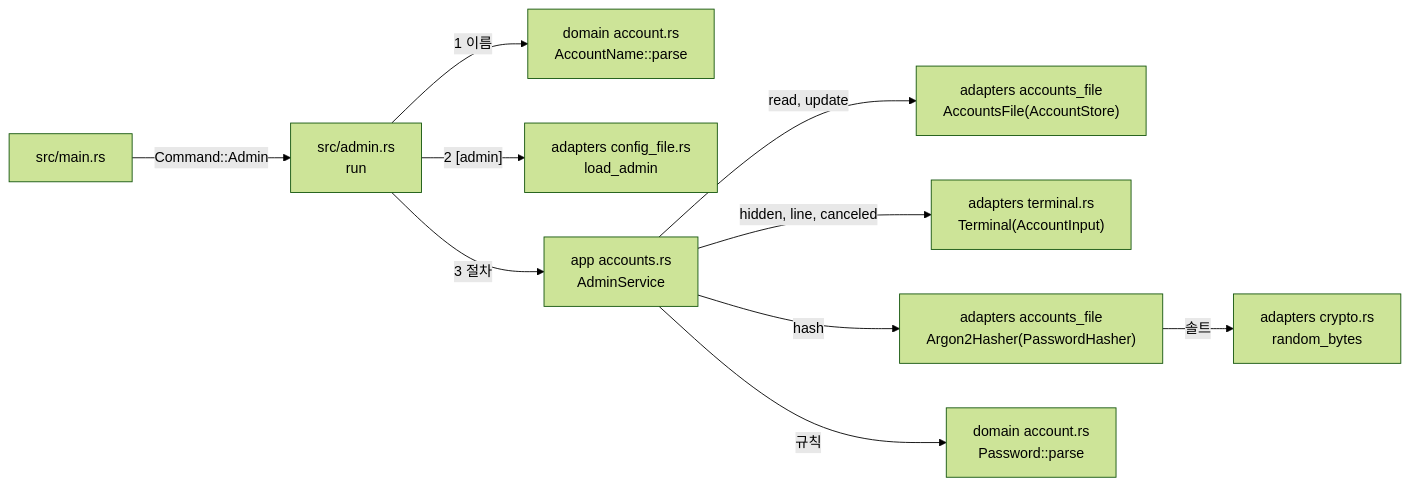
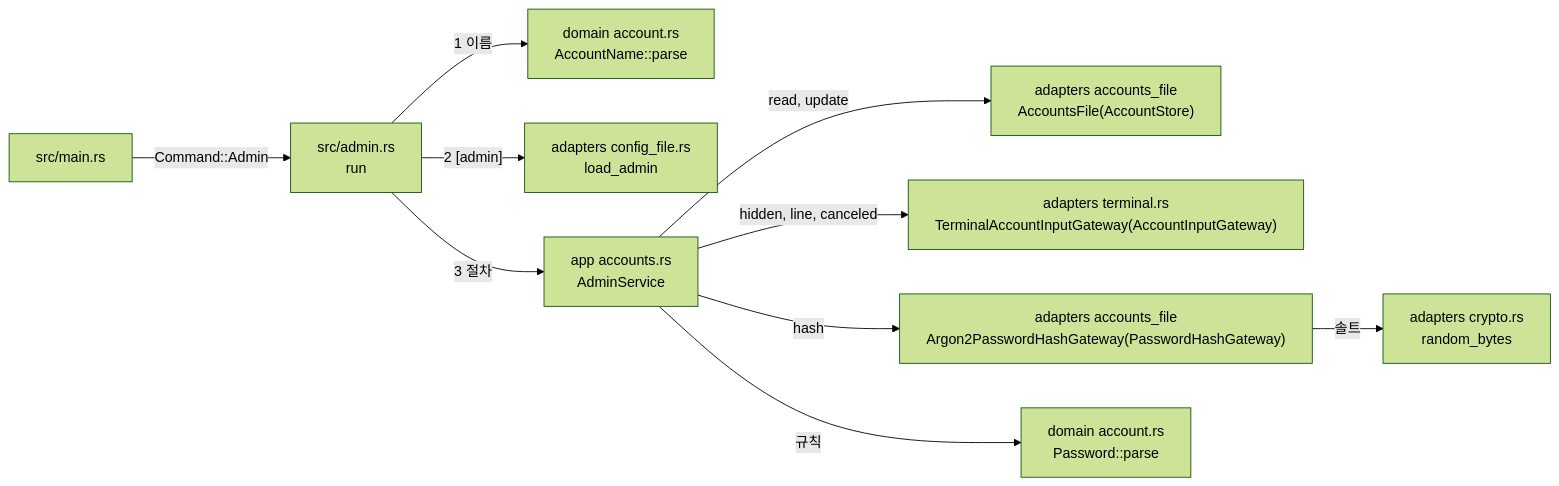
The diagram in docs/architectures/admin-accounts.md (kayden-kim/vnc-relay), drawn with Mermaid (forest theme) before and after one commit. The commit also changed other lines of this file and 59 other files, not shown here.

````diff
--- a/docs/architectures/admin-accounts.md
+++ b/docs/architectures/admin-accounts.md
@@ -44,12 +44,12 @@
 ```mermaid
 flowchart LR
     MAIN["src/main.rs"] -->|"Command::Admin"| ADMIN["src/admin.rs<br/>run"]
     ADMIN -->|"1 이름"| NAME["domain account.rs<br/>AccountName::parse"]
     ADMIN -->|"2 [admin]"| CFG["adapters config_file.rs<br/>load_admin"]
     ADMIN -->|"3 절차"| SVC["app accounts.rs<br/>AdminService"]
     SVC -->|"read, update"| STORE["adapters accounts_file<br/>AccountsFile(AccountStore)"]
-    SVC -->|"hidden, line, canceled"| TERM["adapters terminal.rs<br/>Terminal(AccountInput)"]
-    SVC -->|"hash"| HASH["adapters accounts_file<br/>Argon2Hasher(PasswordHasher)"]
+    SVC -->|"hidden, line, canceled"| TERM["adapters terminal.rs<br/>TerminalAccountInputGateway(AccountInputGateway)"]
+    SVC -->|"hash"| HASH["adapters accounts_file<br/>Argon2PasswordHashGateway(PasswordHashGateway)"]
     SVC -->|"규칙"| PW["domain account.rs<br/>Password::parse"]
     HASH -->|"솔트"| RAND["adapters crypto.rs<br/>random_bytes"]
 ```
````
